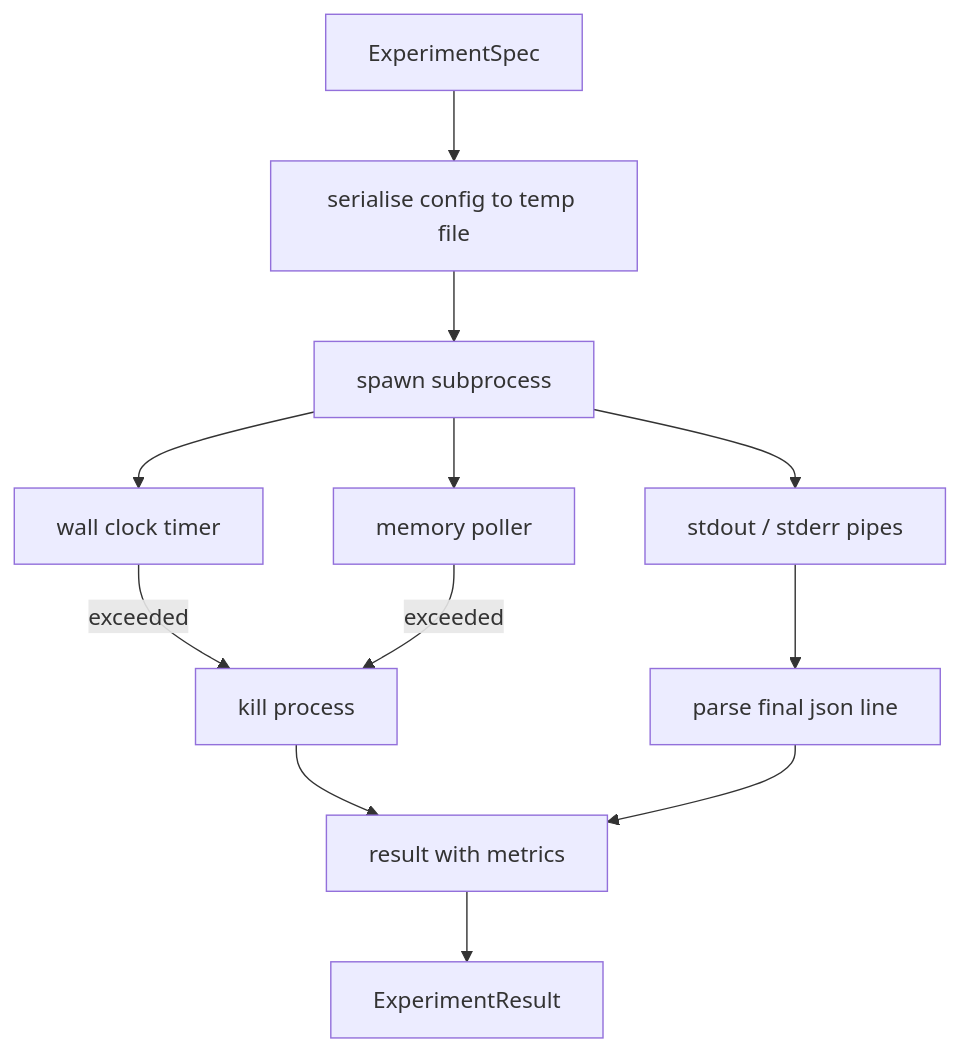
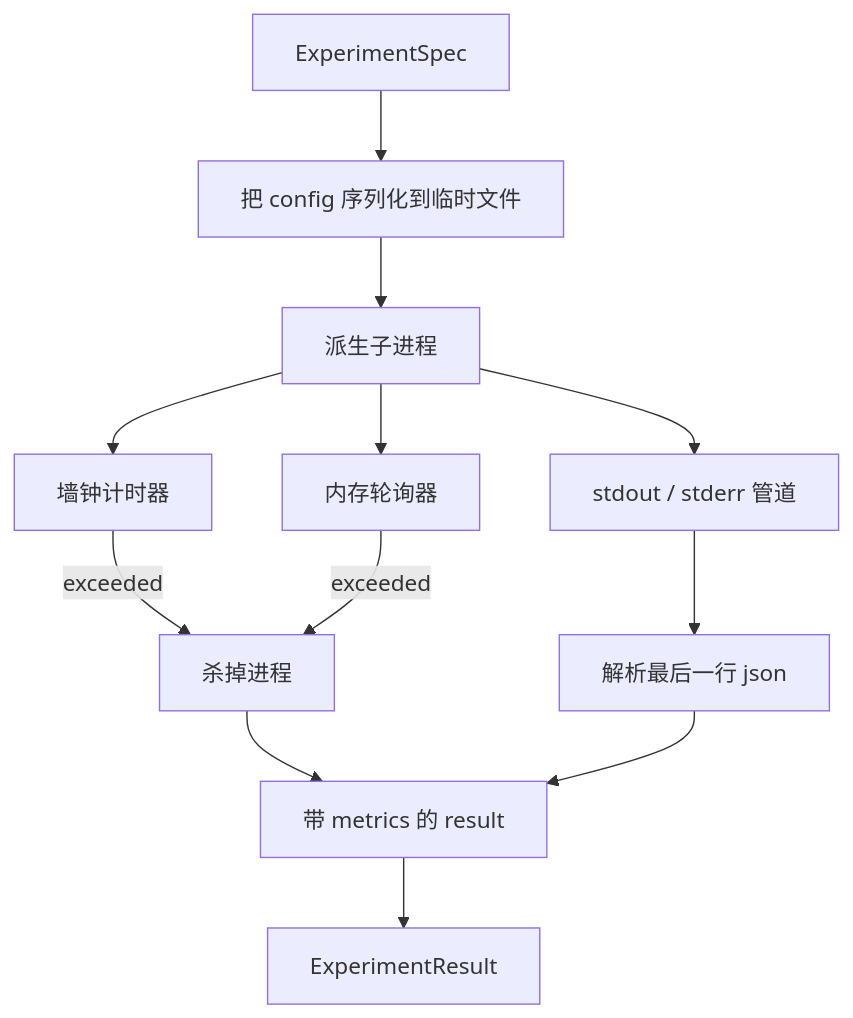
Before and after one commit to JerryC8080/ai-engineering-from-scratch-zh: the diagram in phases/19-capstone-projects/52-experiment-runner/docs/zh.md, drawn with Mermaid. The commit also changed 156 other files, not shown here.

First line of the commit message:
i18n(zh): translate mermaid diagram labels in 157 lesson zh.md

````diff
--- a/phases/19-capstone-projects/52-experiment-runner/docs/zh.md
+++ b/phases/19-capstone-projects/52-experiment-runner/docs/zh.md
@@ -43,14 +43,14 @@
 ```mermaid
 flowchart TD
-    A[ExperimentSpec] --> B[serialise config to temp file]
-    B --> C[spawn subprocess]
-    C --> D[stdout / stderr pipes]
-    C --> E[wall clock timer]
-    C --> F[memory poller]
-    E -- exceeded --> K[kill process]
+    A[ExperimentSpec] --> B[把 config 序列化到临时文件]
+    B --> C[派生子进程]
+    C --> D[stdout / stderr 管道]
+    C --> E[墙钟计时器]
+    C --> F[内存轮询器]
+    E -- exceeded --> K[杀掉进程]
     F -- exceeded --> K
-    D --> P[parse final json line]
-    K --> R[result with terminal=timeout or oom]
-    P --> R[result with metrics]
+    D --> P[解析最后一行 json]
+    K --> R[result，terminal 为 timeout 或 oom]
+    P --> R[带 metrics 的 result]
     R --> O[ExperimentResult]
 ```
````
